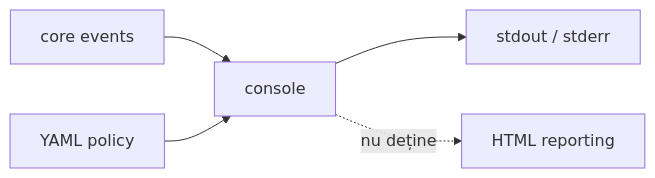
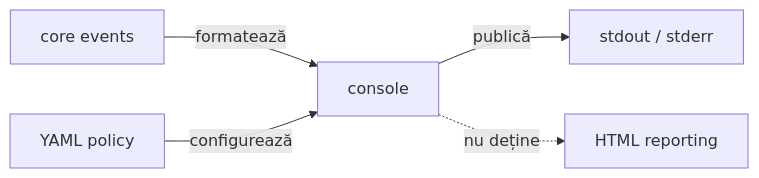
Before and after one commit to crististefanita/demo2: the diagram in atf-console/README.md, drawn with Mermaid. The commit also changed other lines of this file and 102 other files, not shown here.

````diff
--- a/atf-console/README.md
+++ b/atf-console/README.md
@@ -17,7 +17,7 @@
 ```mermaid
 flowchart LR
-    Core[core events] --> Console[console]
-    Config[YAML policy] --> Console
-    Console --> Output[stdout / stderr]
+    Core[core events] -->|formatează| Console[console]
+    Config[YAML policy] -->|configurează| Console
+    Console -->|publică| Output[stdout / stderr]
     Console -. nu deține .-> Reporting[HTML reporting]
 ```
````
